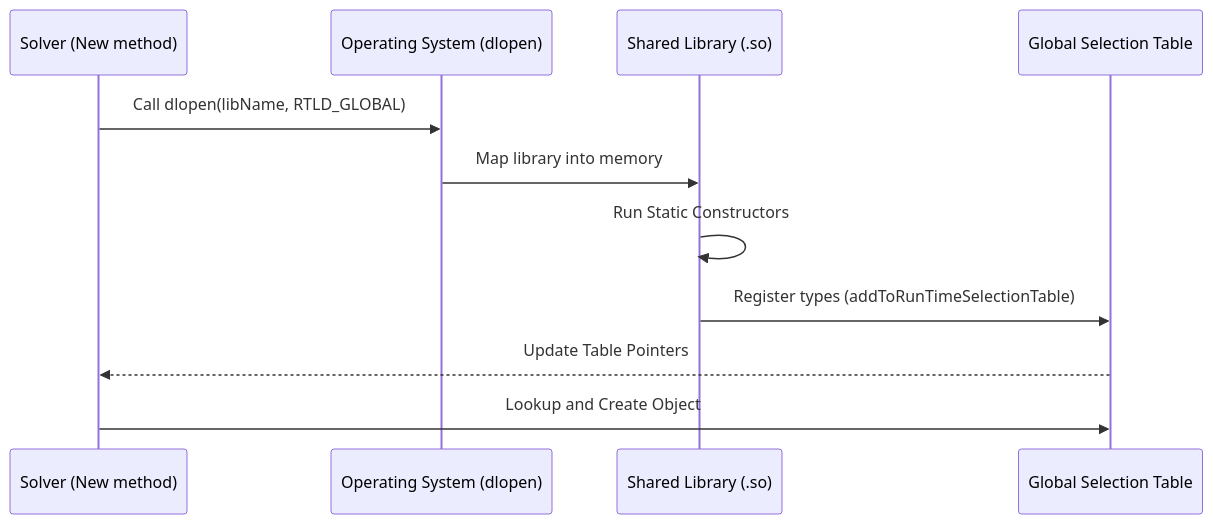
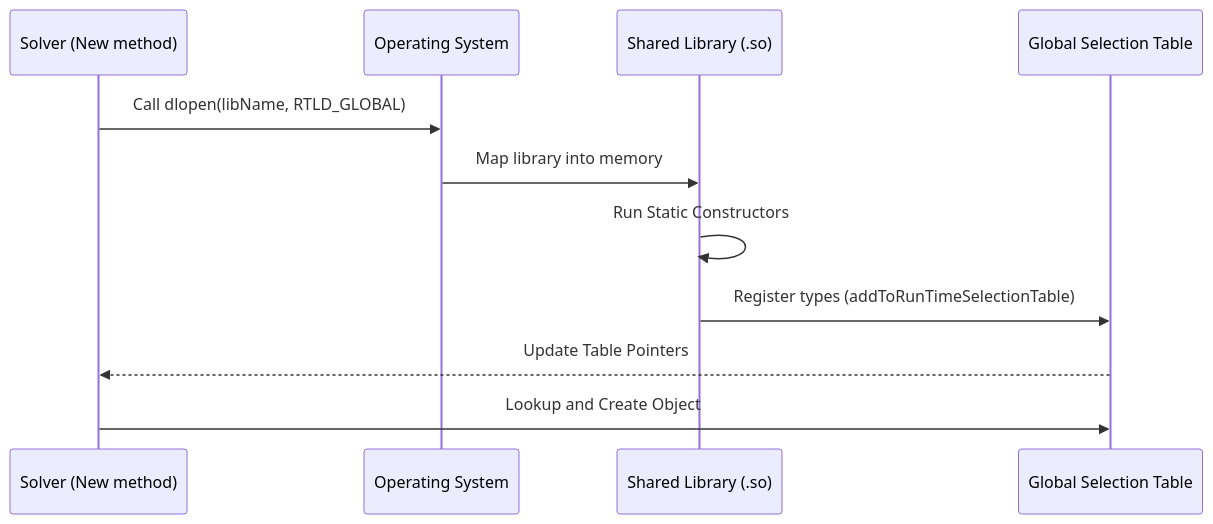
One commit to wramet/build-my-cfd changed the diagram in MODULE_09_ADVANCED_TOPICS/CONTENT/06_ARCHITECTURE_EXTENSIBILITY/03_Dynamic_Library_Loading.md. Above: the diagram before and after it, drawn with Mermaid. The commit also changed 313 other files, not shown here.

Commit message:
Revise all diagram

````diff
--- a/MODULE_09_ADVANCED_TOPICS/CONTENT/06_ARCHITECTURE_EXTENSIBILITY/03_Dynamic_Library_Loading.md
+++ b/MODULE_09_ADVANCED_TOPICS/CONTENT/06_ARCHITECTURE_EXTENSIBILITY/03_Dynamic_Library_Loading.md
@@ -10,14 +10,13 @@
 ```mermaid
 sequenceDiagram
-    participant S as Solver (New method)
-    participant OS as Operating System (dlopen)
-    participant L as Shared Library (.so)
-    participant T as Global Selection Table
-
-    S->>OS: Call dlopen(libName, RTLD_GLOBAL)
-    OS->>L: Map library into memory
-    L->>L: Run Static Constructors
-    L->>T: Register types (addToRunTimeSelectionTable)
-    T-->>S: Update Table Pointers
-    S->>T: Lookup and Create Object
+participant S as Solver (New method)
+participant OS as Operating System
+participant L as Shared Library (.so)
+participant T as Global Selection Table
+S->>OS: Call dlopen(libName, RTLD_GLOBAL)
+OS->>L: Map library into memory
+L->>L: Run Static Constructors
+L->>T: Register types (addToRunTimeSelectionTable)
+T-->>S: Update Table Pointers
+S->>T: Lookup and Create Object
 ```
````
